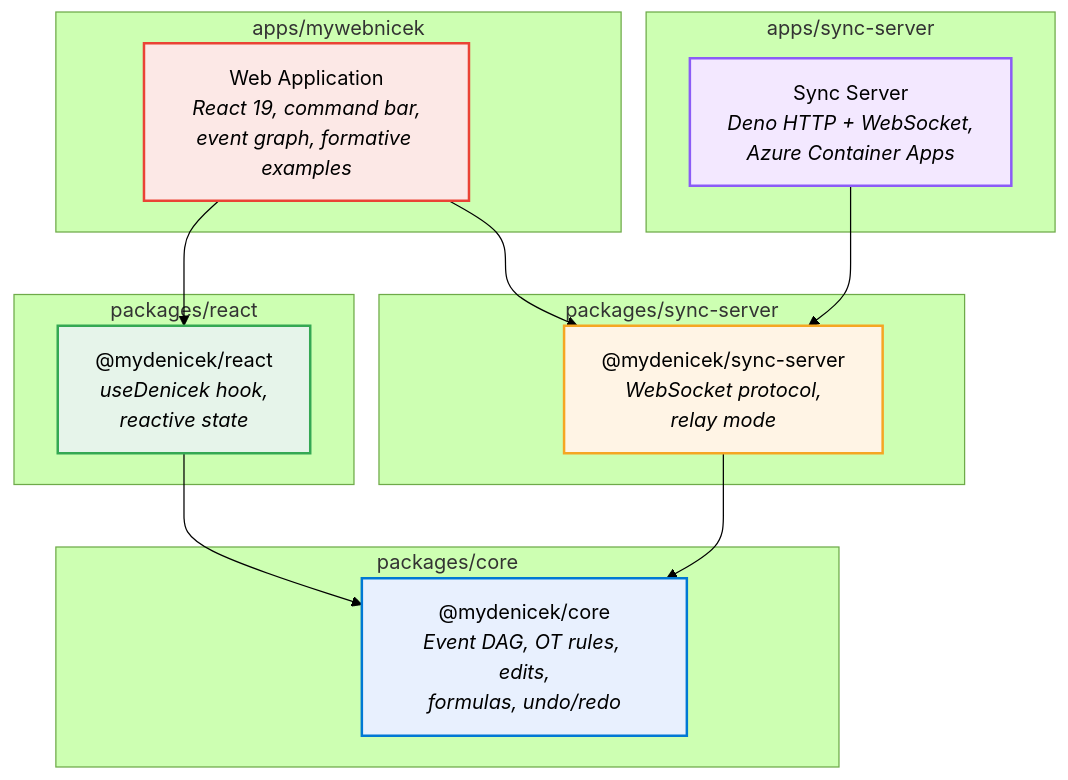
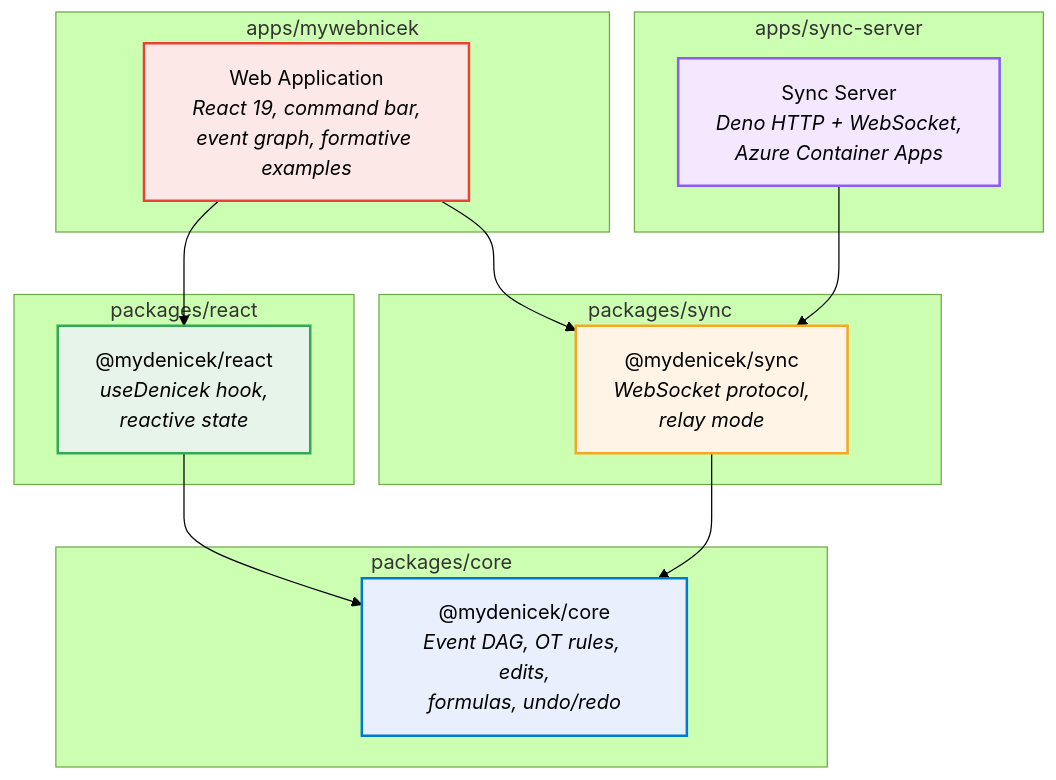
Before and after one commit to krsion/master-thesis: the diagram in img/architecture.mmd, drawn with Mermaid (forest theme). The commit also changed 3 other files, not shown here.

First line of the commit message:
Rename @mydenicek/sync-server to @mydenicek/sync in thesis

```diff
--- a/img/architecture.mmd
+++ b/img/architecture.mmd
@@ -1,28 +1,28 @@
 graph TD
     subgraph "packages/core"
         CORE["@mydenicek/core<br/><i>Event DAG, OT rules, edits,<br/>formulas, undo/redo</i>"]
     end
     subgraph "packages/react"
         REACT["@mydenicek/react<br/><i>useDenicek hook,<br/>reactive state</i>"]
     end
-    subgraph "packages/sync-server"
-        SYNC["@mydenicek/sync-server<br/><i>WebSocket protocol,<br/>relay mode</i>"]
+    subgraph "packages/sync"
+        SYNC["@mydenicek/sync<br/><i>WebSocket protocol,<br/>relay mode</i>"]
     end
     subgraph "apps/mywebnicek"
         APP["Web Application<br/><i>React 19, command bar,<br/>event graph, formative examples</i>"]
     end
     subgraph "apps/sync-server"
         SERVER["Sync Server<br/><i>Deno HTTP + WebSocket,<br/>Azure Container Apps</i>"]
     end
 
     APP --> REACT
     APP --> SYNC
     REACT --> CORE
     SYNC --> CORE
     SERVER --> SYNC
 
     style CORE fill:#e8f0fe,stroke:#0078d4,stroke-width:2px
     style REACT fill:#e6f4ea,stroke:#34a853,stroke-width:2px
     style SYNC fill:#fff4e5,stroke:#f5a623,stroke-width:2px
     style APP fill:#fce8e6,stroke:#ea4335,stroke-width:2px
     style SERVER fill:#f3e8ff,stroke:#8b5cf6,stroke-width:2px
```
